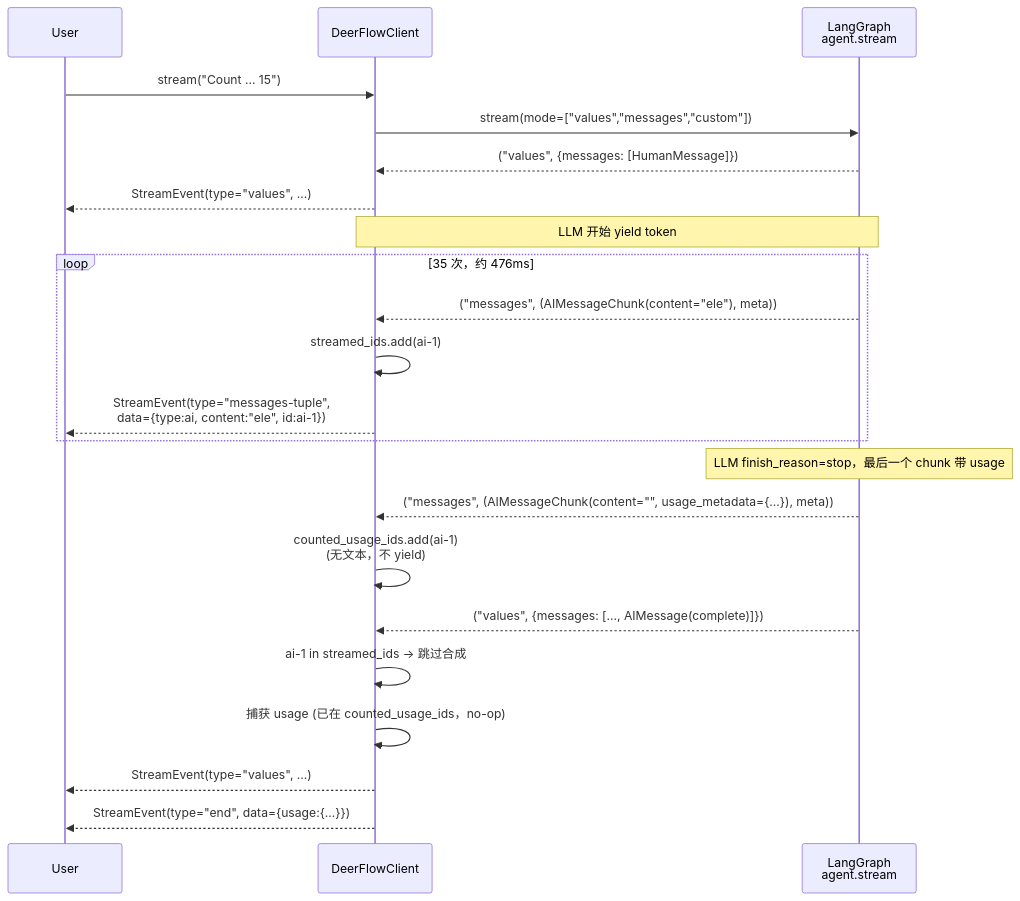
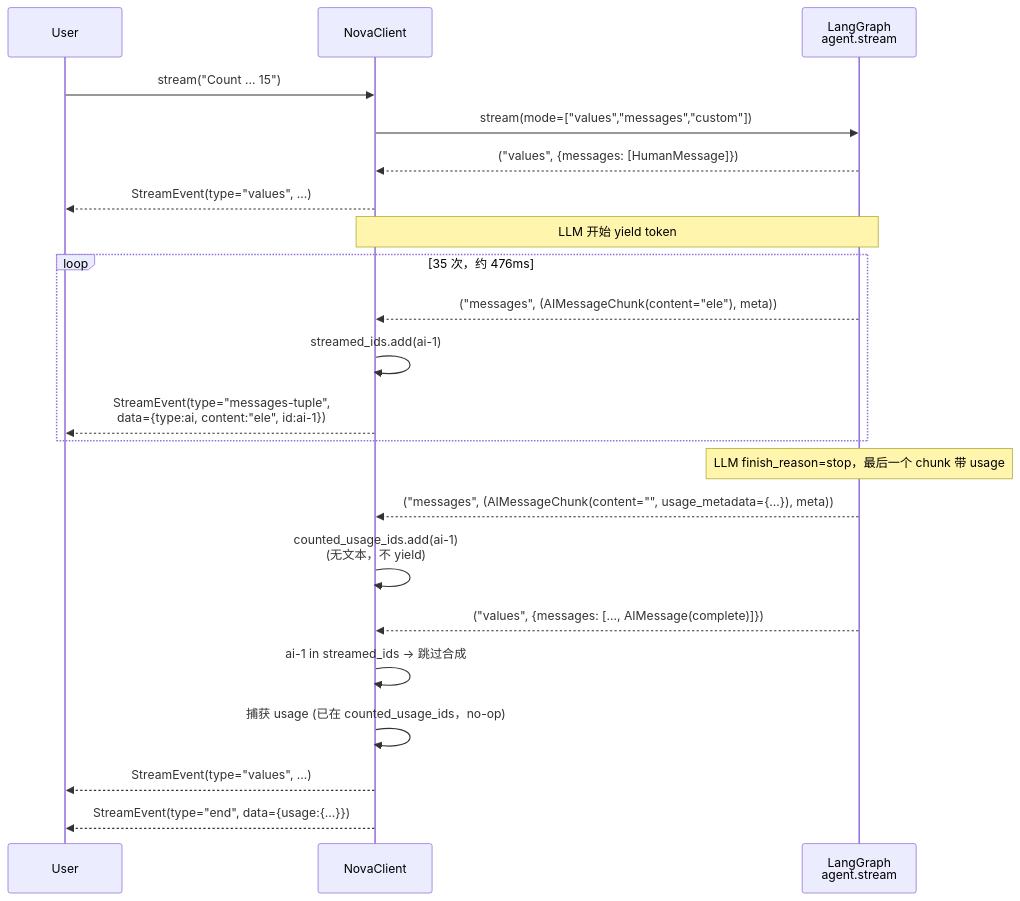
The fifth of 5 diagrams in backend/docs/STREAMING.md (Jahanzaib211/nova), drawn with Mermaid before and after one commit. The commit also changed other lines of this file and 1614 other files, not shown here.

First line of the commit message:
Incident hardening, outage fixes and the DeerFlow → Nova rename (#65)

````diff
--- a/backend/docs/STREAMING.md
+++ b/backend/docs/STREAMING.md
@@ -252,30 +252,30 @@
 ```mermaid
 sequenceDiagram
     participant U as User
-    participant C as DeerFlowClient
+    participant C as NovaClient
     participant A as LangGraph<br/>agent.stream
 
     U->>C: stream("Count ... 15")
     C->>A: stream(mode=["values","messages","custom"])
 
     A-->>C: ("values", {messages: [HumanMessage]})
     C-->>U: StreamEvent(type="values", ...)
 
     Note over A,C: LLM 开始 yield token
     loop 35 次，约 476ms
         A-->>C: ("messages", (AIMessageChunk(content="ele"), meta))
         C->>C: streamed_ids.add(ai-1)
         C-->>U: StreamEvent(type="messages-tuple",<br/>data={type:ai, content:"ele", id:ai-1})
     end
 
     Note over A: LLM finish_reason=stop，最后一个 chunk 带 usage
     A-->>C: ("messages", (AIMessageChunk(content="", usage_metadata={...}), meta))
     C->>C: counted_usage_ids.add(ai-1)<br/>(无文本，不 yield)
 
     A-->>C: ("values", {messages: [..., AIMessage(complete)]})
     C->>C: ai-1 in streamed_ids → 跳过合成
     C->>C: 捕获 usage (已在 counted_usage_ids，no-op)
     C-->>U: StreamEvent(type="values", ...)
 
     C-->>U: StreamEvent(type="end", data={usage:{...}})
 ```
````
